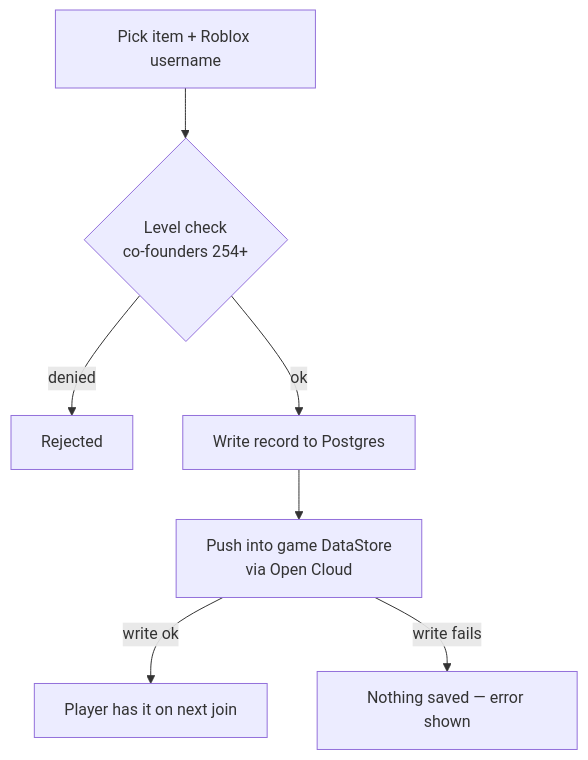
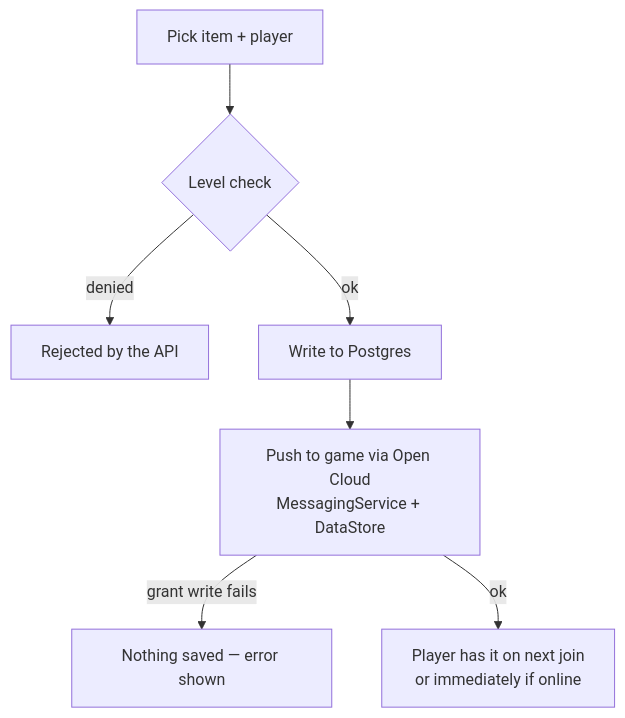
One commit to ashdlasjdh-spec/zeedash changed the diagram in docs-site/docs/game-control.md. Above: the diagram before and after it, drawn with Mermaid. The commit also changed other lines of this file and 23 other files, not shown here.

````diff
--- a/docs-site/docs/game-control.md
+++ b/docs-site/docs/game-control.md
@@ -35,9 +37,9 @@
 ```mermaid
 flowchart TD
-    A[Pick item + Roblox username] --> B{Level check<br/>co-founders 254+}
-    B -->|denied| X[Rejected]
-    B -->|ok| C[Write record to Postgres]
-    C --> D[Push into game DataStore<br/>via Open Cloud]
-    D -->|write ok| E[Player has it on next join]
-    D -->|write fails| F[Nothing saved — error shown]
+    A[Pick item + player] --> B{Level check}
+    B -->|denied| X[Rejected by the API]
+    B -->|ok| C[Write to Postgres]
+    C --> D[Push to game via Open Cloud<br/>MessagingService + DataStore]
+    D -->|grant write fails| F[Nothing saved — error shown]
+    D -->|ok| E[Player has it on next join<br/>or immediately if online]
 ```
````
